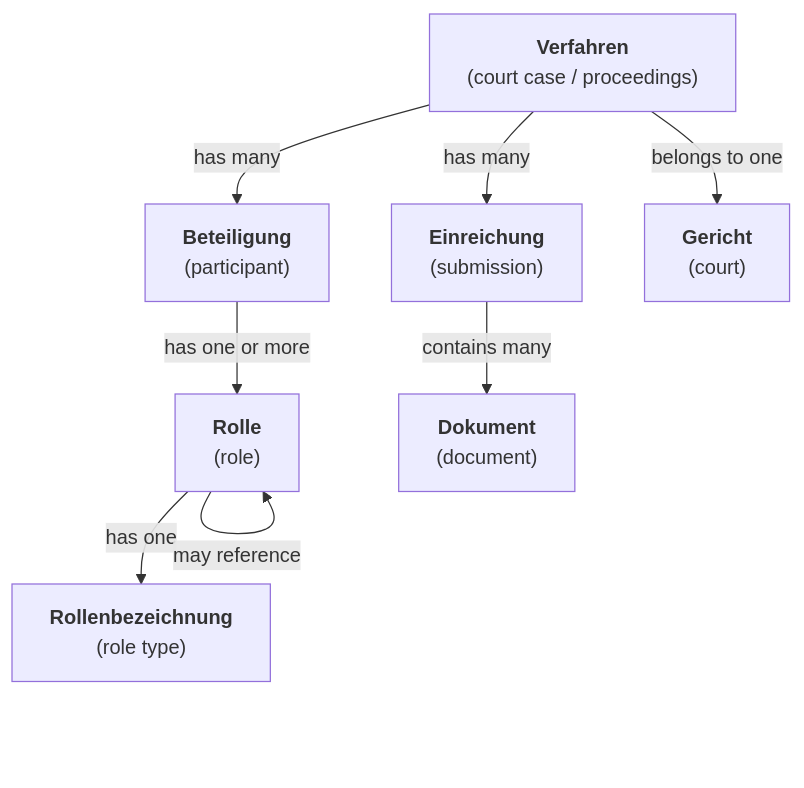
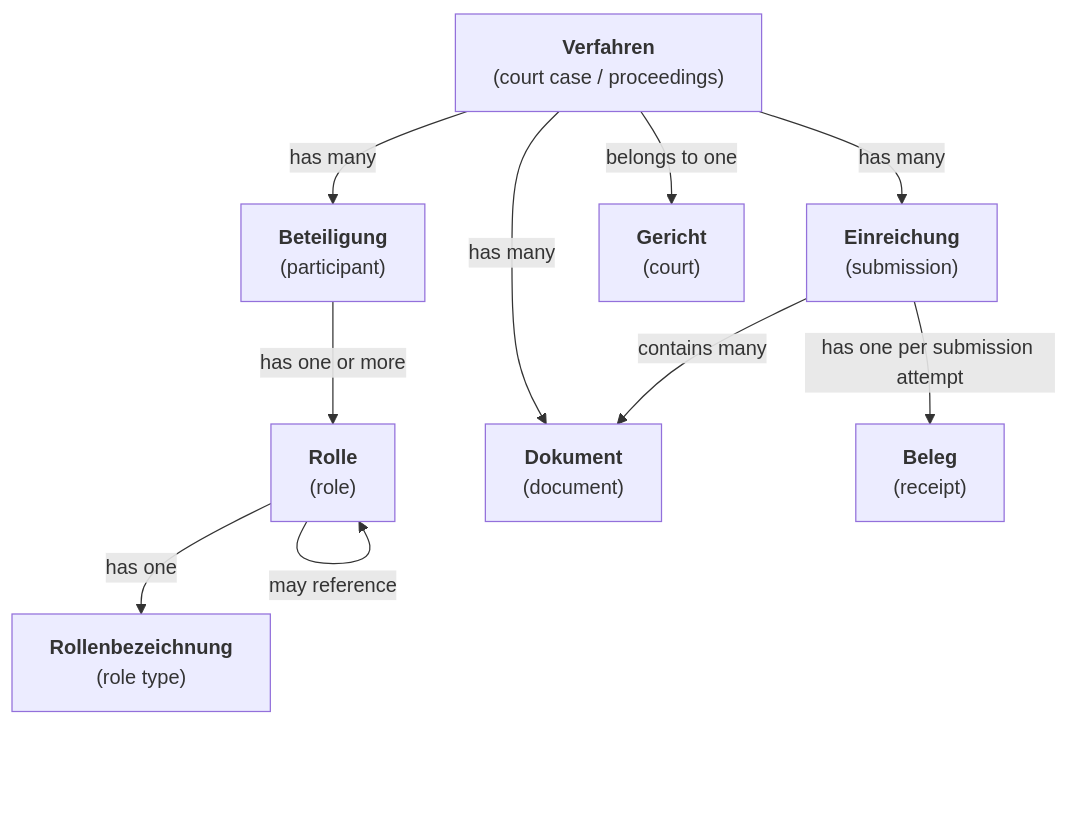
One commit to digitalservicebund/a2j-kommunikationsplattform changed the diagram in doc/topics/domain-model.md. Above: the diagram before and after it, drawn with Mermaid. The commit also changed other lines of this file, not shown here.

````diff
--- a/doc/topics/domain-model.md
+++ b/doc/topics/domain-model.md
@@ -12,18 +12,21 @@
 ```mermaid
 flowchart TB
   Verfahren["<b>Verfahren</b><br/>(court case / proceedings)"]
   Beteiligung["<b>Beteiligung</b><br/>(participant)"]
   Rolle["<b>Rolle</b><br/>(role)"]
   Rollenbezeichnung["<b>Rollenbezeichnung</b><br/>(role type)"]
   Einreichung["<b>Einreichung</b><br/>(submission)"]
   Gericht["<b>Gericht</b><br/>(court)"]
   Dokument["<b>Dokument</b><br/>(document)"]
+  Beleg["<b>Beleg</b><br/>(receipt)"]
 
   Verfahren -- has many --> Beteiligung
   Beteiligung -- has one or more --> Rolle
   Verfahren -- has many --> Einreichung
   Verfahren -- belongs to one --> Gericht
+  Verfahren -- has many --> Dokument
   Einreichung -- contains many --> Dokument
+  Einreichung -- has one per submission attempt --> Beleg
   Rolle -- has one --> Rollenbezeichnung
   Rolle -- may reference --> Rolle
 ```
````
